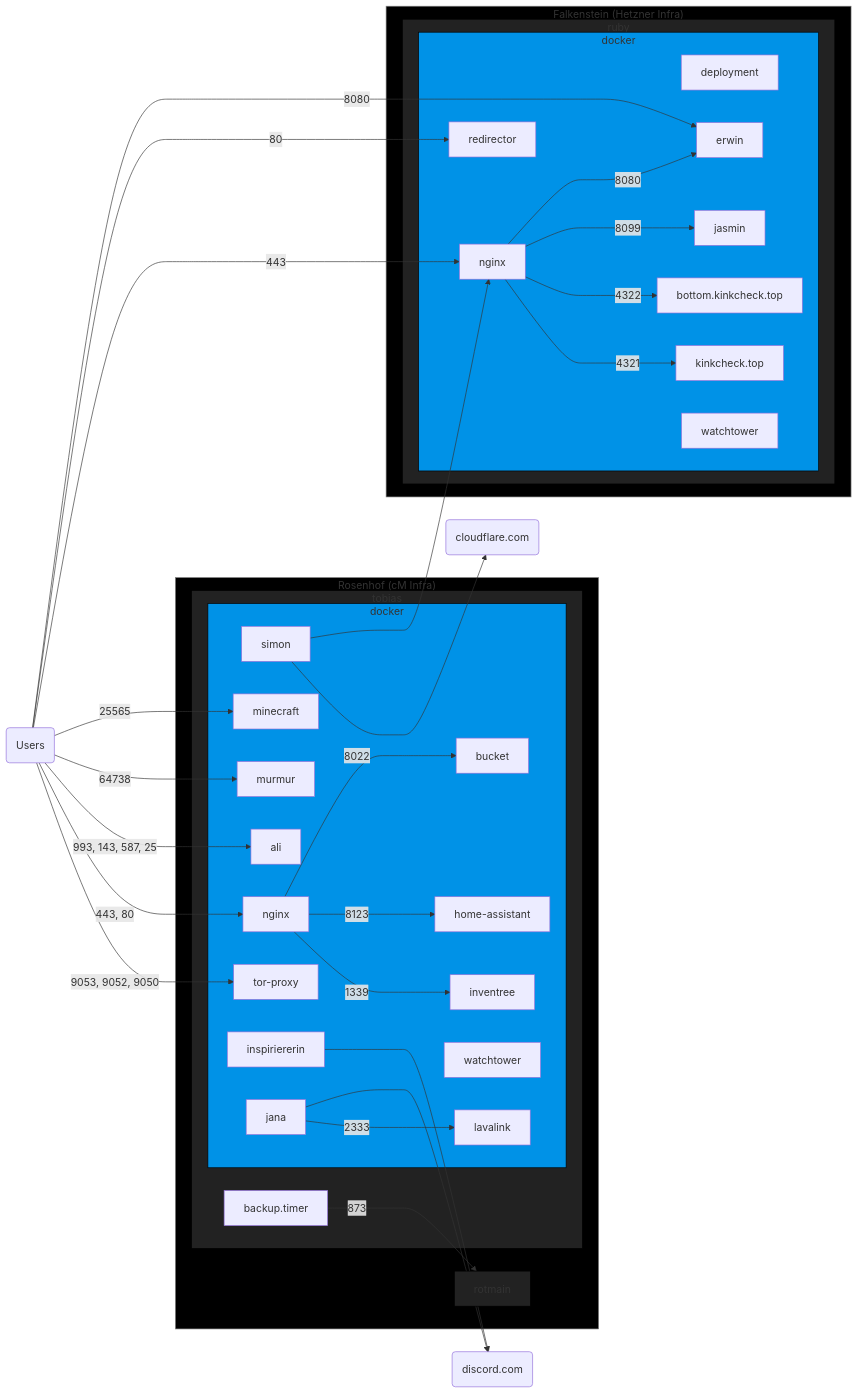
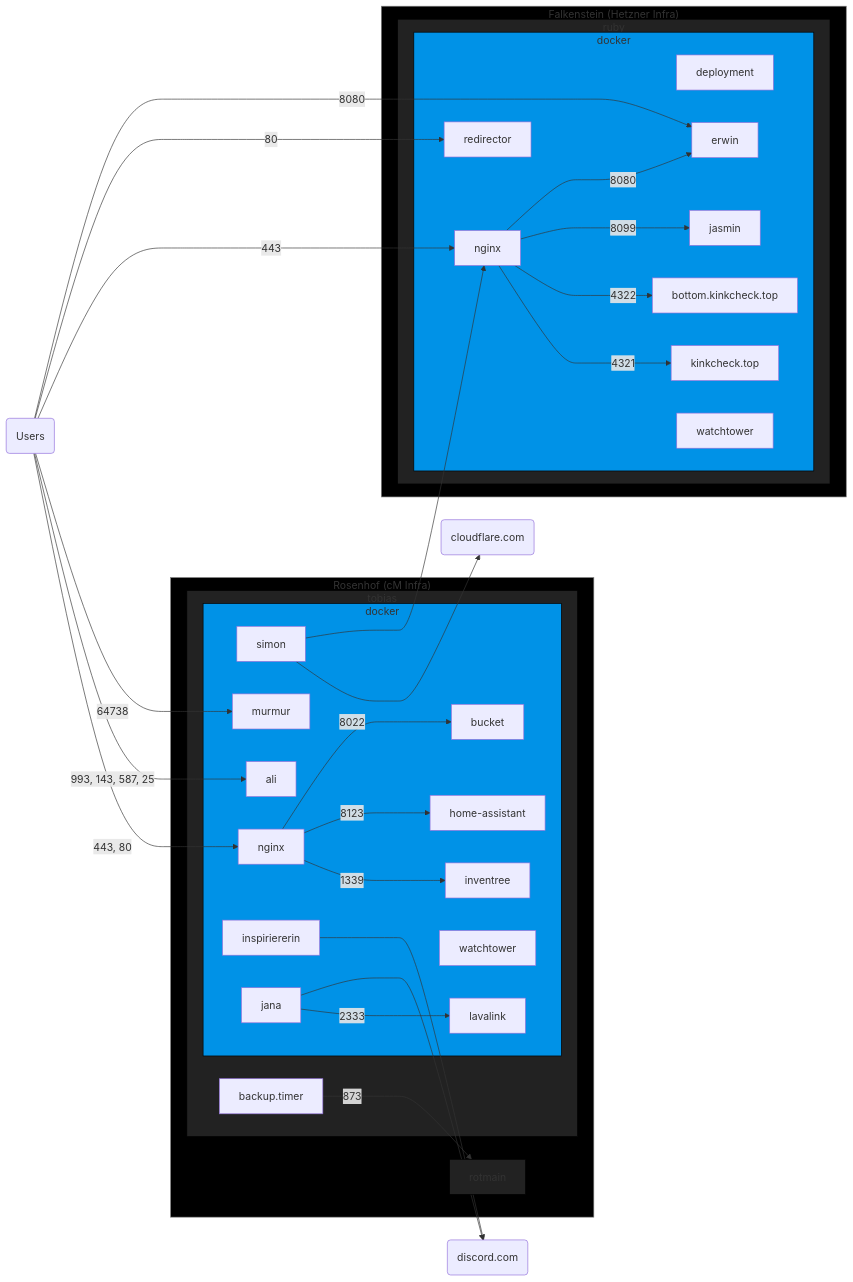
Before and after one commit to chrissxMedia/chrissx.de.conf.sh: the diagram in README.md, drawn with Mermaid.

Commit message:
readme: tobias is currently running neither a tor-proxy nor minecraft server

```diff
--- a/README.md
+++ b/README.md
@@ -13,11 +13,9 @@
   subgraph tobias
     subgraph dockerop[docker]
       simon
-      tor-proxy
       nginxop[nginx]
       ali
       murmur
-      minecraft
       home-assistant
       inventree
       bucket
@@ -57,11 +55,9 @@
 simon --> nginxruby
 
 internet(Users)
-internet -- "9053, 9052, 9050" --> tor-proxy
 internet -- "443, 80" --> nginxop[nginx]
 internet -- "993, 143, 587, 25" --> ali
 internet -- 64738 --> murmur
-internet -- 25565 --> minecraft
 internet -- 443 --> nginxruby
 internet -- 80 --> redirector
 internet -- 8080 --> erwin
```
